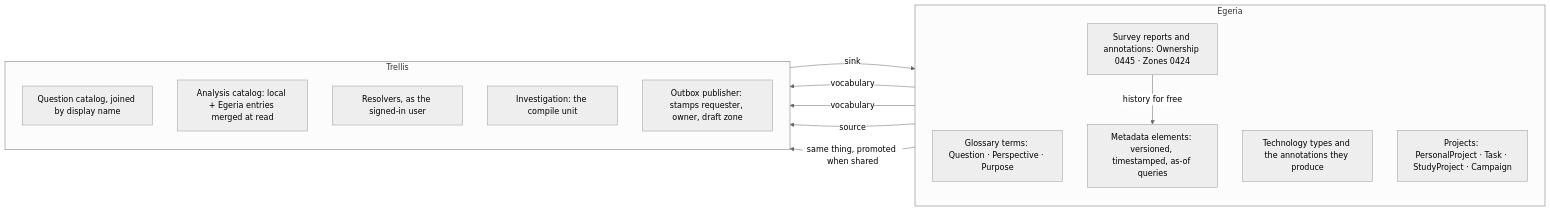
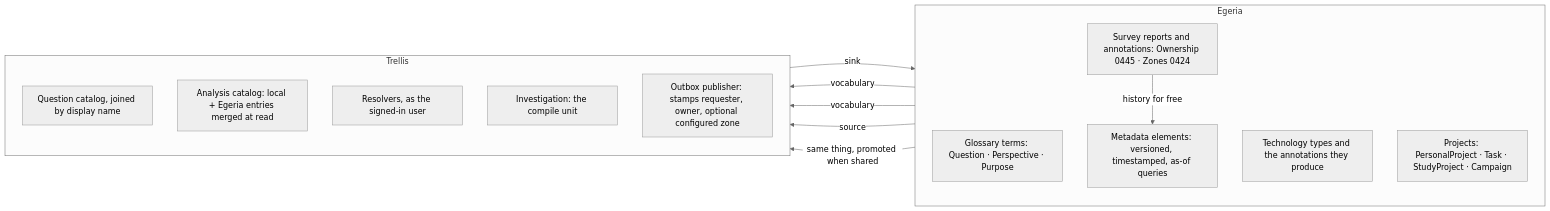
The eighth of 10 diagrams in docs/context-compilation-brief.md (dwolfson/trellis), drawn with Mermaid (neutral theme) before and after one commit. The commit also changed 15 other files, not shown here.

First line of the commit message:
docs(re): fix dangling links and retired draft-zone wording

````diff
--- a/docs/context-compilation-brief.md
+++ b/docs/context-compilation-brief.md
@@ -306,25 +306,25 @@
 ```mermaid
 flowchart LR
   subgraph EG["Egeria"]
     direction TB
     GT["Glossary terms: Question · Perspective · Purpose"]
     TT["Technology types and the annotations they produce"]
     EL["Metadata elements: versioned, timestamped, as-of queries"]
     PR["Projects: PersonalProject · Task · StudyProject · Campaign"]
     SR["Survey reports and annotations: Ownership 0445 · Zones 0424"]
   end
   subgraph TR["Trellis"]
     direction TB
     QC["Question catalog, joined by display name"]
     AC["Analysis catalog: local + Egeria entries merged at read"]
     RS["Resolvers, as the signed-in user"]
     IV["Investigation: the compile unit"]
-    OB["Outbox publisher: stamps requester, owner, draft zone"]
+    OB["Outbox publisher: stamps requester, owner, optional configured zone"]
   end
   GT -- vocabulary --> QC
   TT -- vocabulary --> AC
   EL -- source --> RS
   PR -- "same thing, promoted when shared" --> IV
   OB -- sink --> SR
   SR -- "history for free" --> EL
 ```
````
